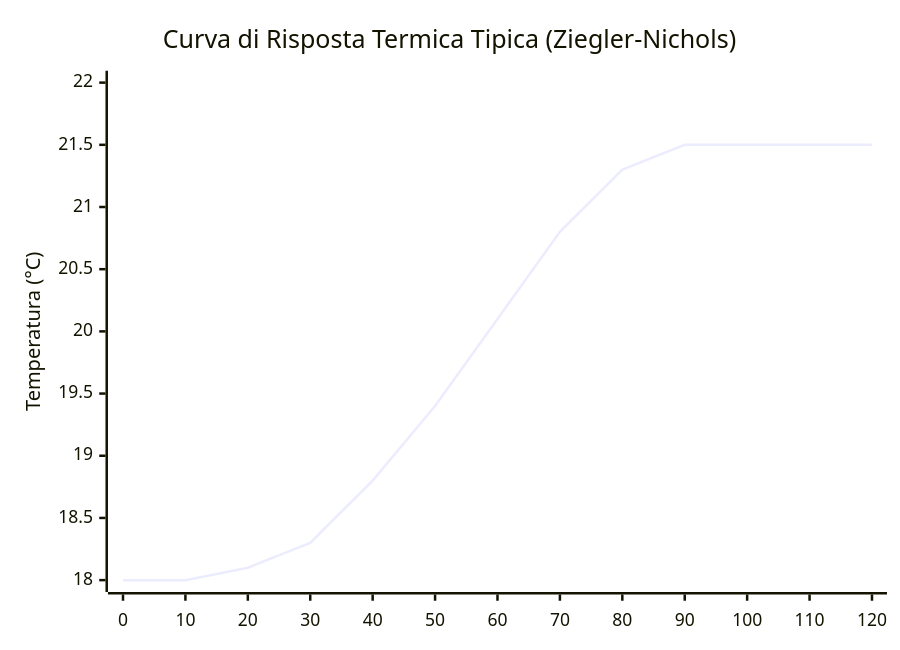
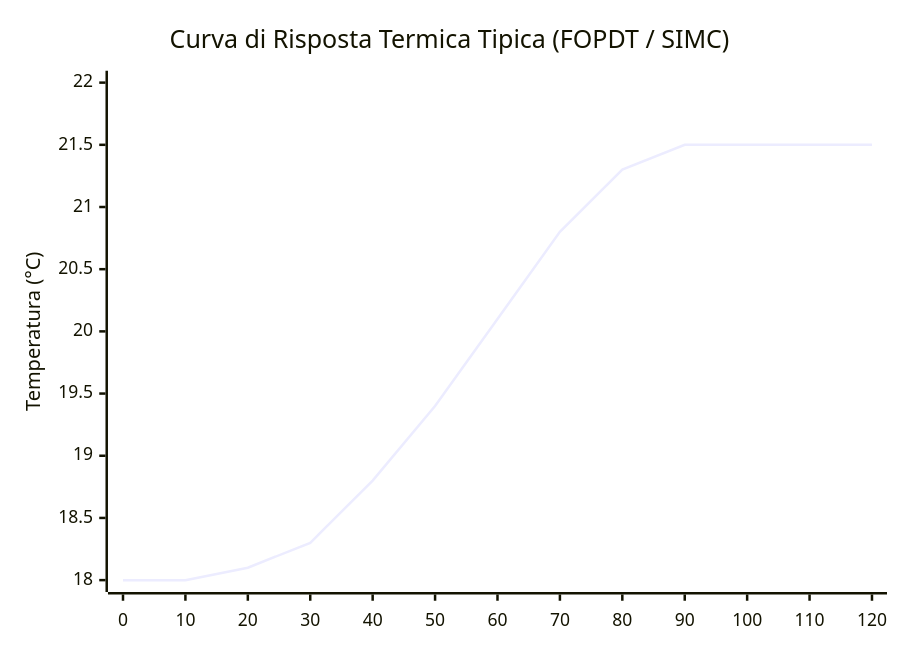
One commit to alex-military/multizone-thermostat changed the second of 2 diagrams in docs/wiki/it/algorithms_tuning.md. Above: the diagram before and after it, drawn with Mermaid. The commit also changed other lines of this file and 25 other files, not shown here.

Commit message:
docs: update wiki, README and roadmap through v6.0.26

````diff
--- a/docs/wiki/it/algorithms_tuning.md
+++ b/docs/wiki/it/algorithms_tuning.md
@@ -48,7 +49,7 @@
 ```mermaid
 xychart-beta
-    title "Curva di Risposta Termica Tipica (Ziegler-Nichols)"
+    title "Curva di Risposta Termica Tipica (FOPDT / SIMC)"
     x-axis [0, 10, 20, 30, 40, 50, 60, 70, 80, 90, 100, 110, 120]
     y-axis "Temperatura (°C)" 18 --> 22
     line [18.0, 18.0, 18.1, 18.3, 18.8, 19.4, 20.1, 20.8, 21.3, 21.5, 21.5, 21.5, 21.5]
 ```
````
